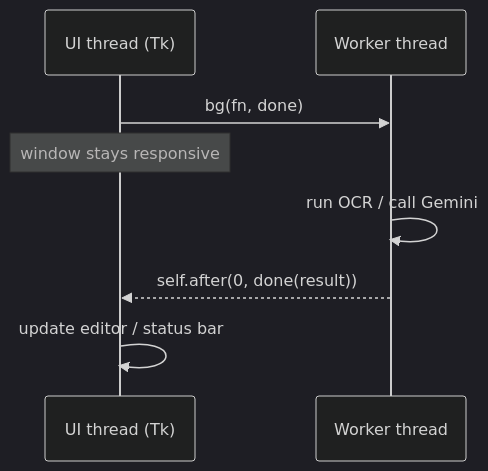
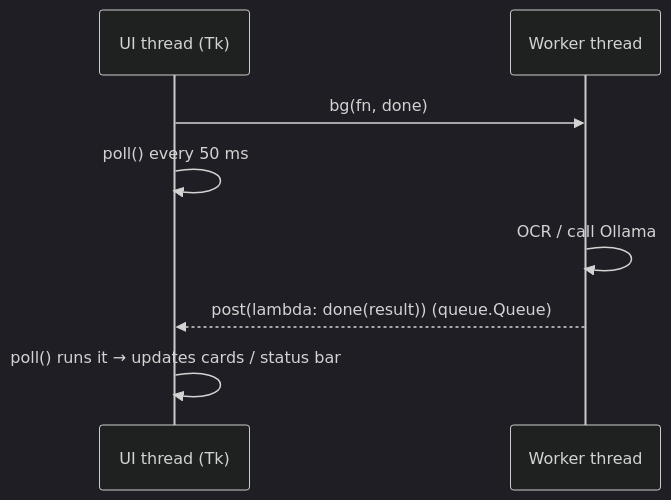
The second of 4 diagrams in docs/ARCHITECTURE.md (awsrmmustansarjavaid/charliemj-ocr-studio), drawn with Mermaid (dark theme) before and after one commit. The commit also changed other lines of this file and 36 other files, not shown here.

````diff
--- a/docs/ARCHITECTURE.md
+++ b/docs/ARCHITECTURE.md
@@ -82,10 +57,10 @@
 ```mermaid
 sequenceDiagram
     participant UI as UI thread (Tk)
     participant W as Worker thread
     UI->>W: bg(fn, done)
-    Note over UI: window stays responsive
-    W->>W: run OCR / call Gemini
-    W-->>UI: self.after(0, done(result))
-    UI->>UI: update editor / status bar
+    UI->>UI: poll() every 50 ms
+    W->>W: OCR / call Ollama
+    W-->>UI: post(lambda: done(result))   (queue.Queue)
+    UI->>UI: poll() runs it → updates cards / status bar
 ```
````
